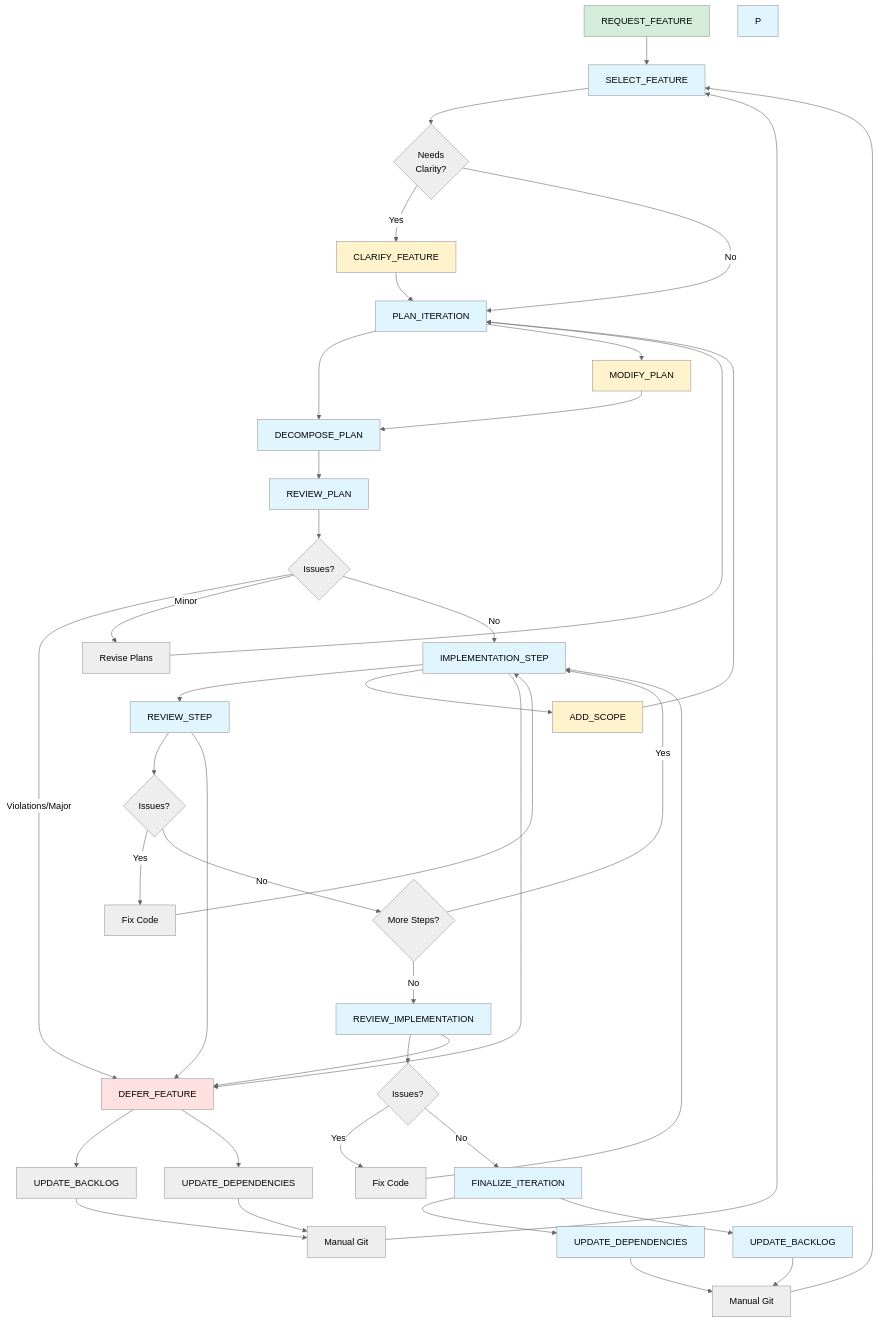
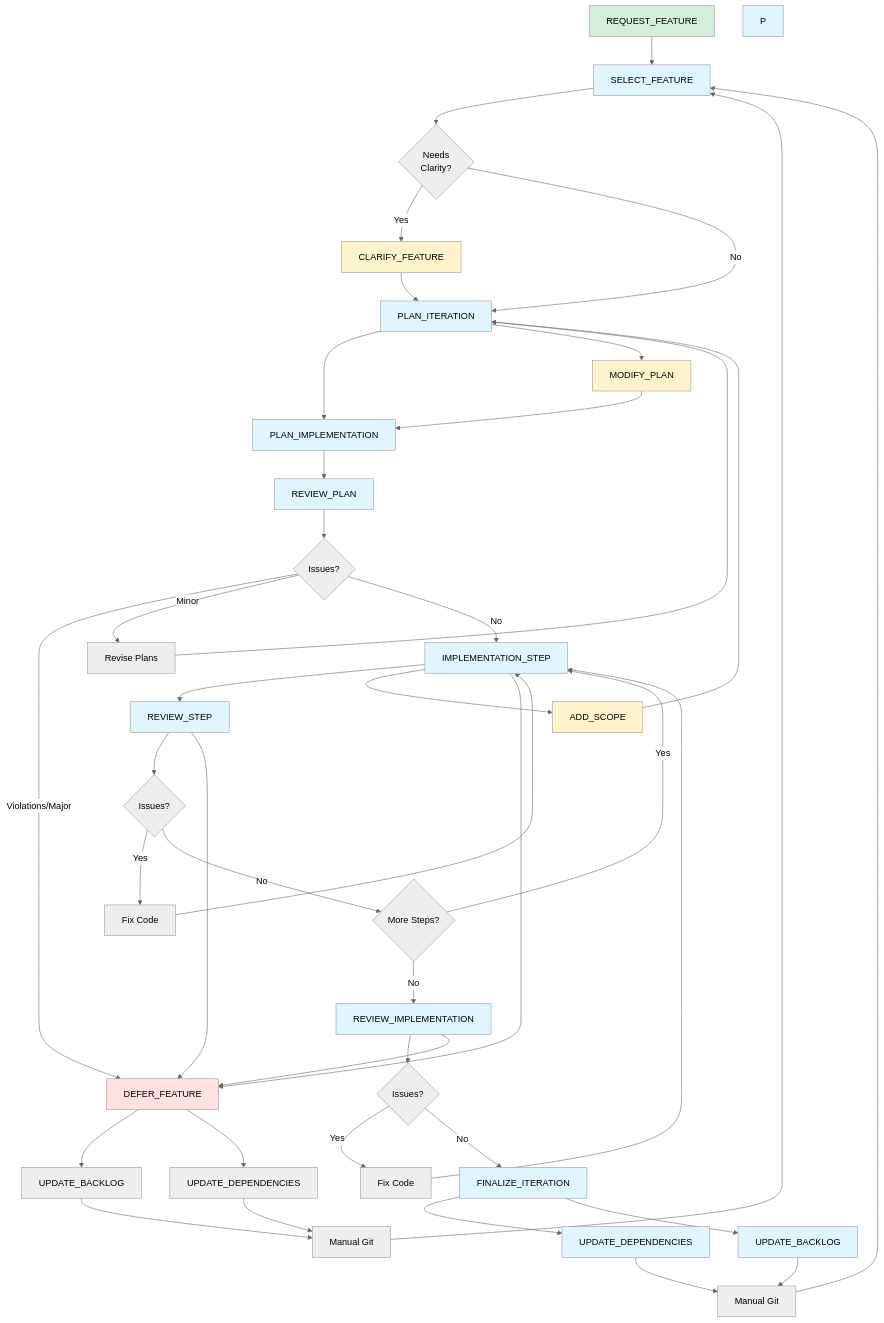
One commit to EvanLavender13/FrogLords changed the diagram in TASKS/FEATURE/WORKFLOW.md. Above: the diagram before and after it, drawn with Mermaid (neutral theme). The commit also changed other lines of this file and 7 other files, not shown here.

````diff
--- a/TASKS/FEATURE/WORKFLOW.md
+++ b/TASKS/FEATURE/WORKFLOW.md
@@ -9,64 +9,64 @@
 ```mermaid
 graph TD
     REQ[REQUEST_FEATURE] --> A[SELECT_FEATURE]
     A --> CLAR{Needs<br/>Clarity?}
     CLAR -->|Yes| CF[CLARIFY_FEATURE]
     CF --> B[PLAN_ITERATION]
     CLAR -->|No| B
-    B --> C[DECOMPOSE_PLAN]
+    B --> C[PLAN_IMPLEMENTATION]
     C --> D[REVIEW_PLAN]
     D --> E{Issues?}
     E -->|Violations/Major| F[DEFER_FEATURE]
     E -->|Minor| G[Revise Plans]
     G --> B
     E -->|No| H[IMPLEMENTATION_STEP]
     H --> RS[REVIEW_STEP]
     RS --> RSI{Issues?}
     RSI -->|Yes| L2[Fix Code]
     L2 --> H
     RSI -->|No| I{More Steps?}
     I -->|Yes| H
     I -->|No| J[REVIEW_IMPLEMENTATION]
     J --> K{Issues?}
     K -->|Yes| L[Fix Code]
     L --> H
     K -->|No| M[FINALIZE_ITERATION]
     M --> N[UPDATE_DEPENDENCIES]
     M --> O[UPDATE_BACKLOG]
     N --> Q[Manual Git]
     O --> Q
     Q --> A
     F --> R[UPDATE_BACKLOG]
     F --> S[UPDATE_DEPENDENCIES]
     R --> U[Manual Git]
     S --> U
     U --> A
 
     %% Mid-iteration scope changes
     H --> AS[ADD_SCOPE]
     AS --> B
     B --> MP[MODIFY_PLAN]
     MP --> C
 
     %% Implementation-phase deferral
     H --> F
     RS --> F
     J --> F
 
     style REQ fill:#d4edda
     style A fill:#e1f5ff
     style CF fill:#fff3cd
     style B fill:#e1f5ff
     style C fill:#e1f5ff
     style D fill:#e1f5ff
     style F fill:#ffe1e1
     style H fill:#e1f5ff
     style RS fill:#e1f5ff
     style J fill:#e1f5ff
     style M fill:#e1f5ff
     style N fill:#e1f5ff
     style O fill:#e1f5ff
     style P fill:#e1f5ff
     style AS fill:#fff3cd
     style MP fill:#fff3cd
 ```
````
